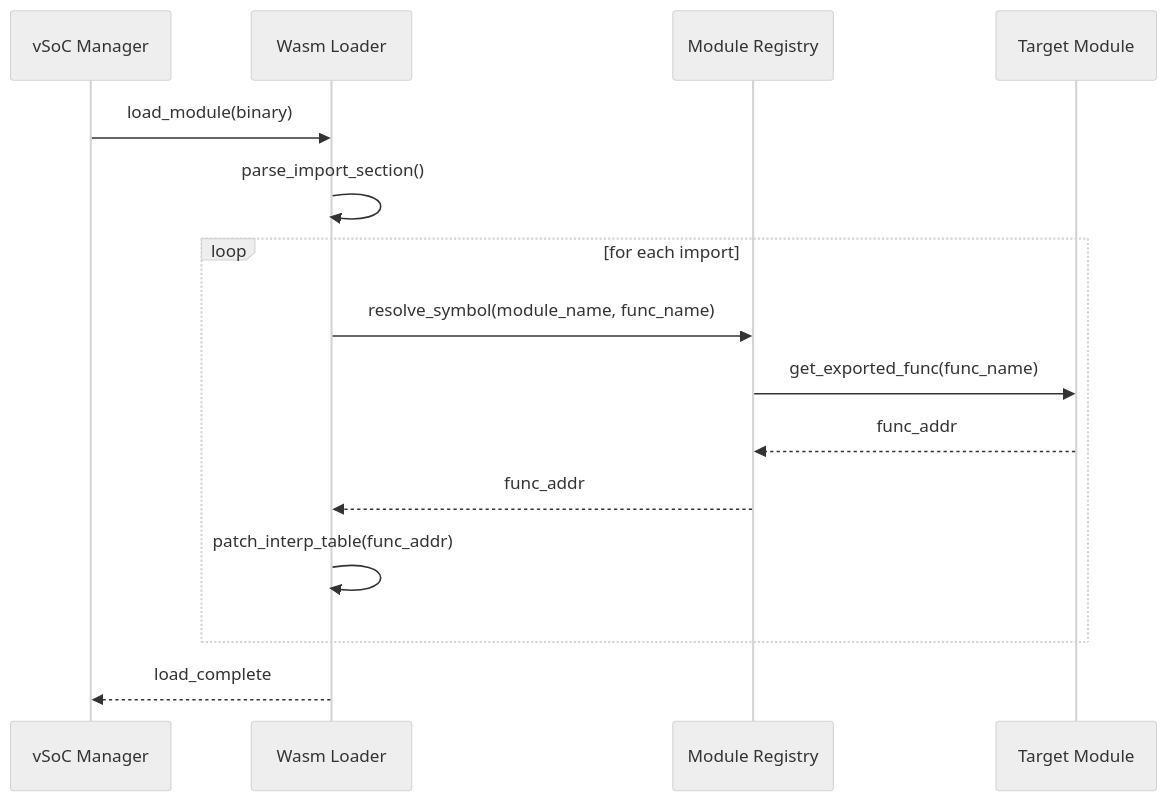
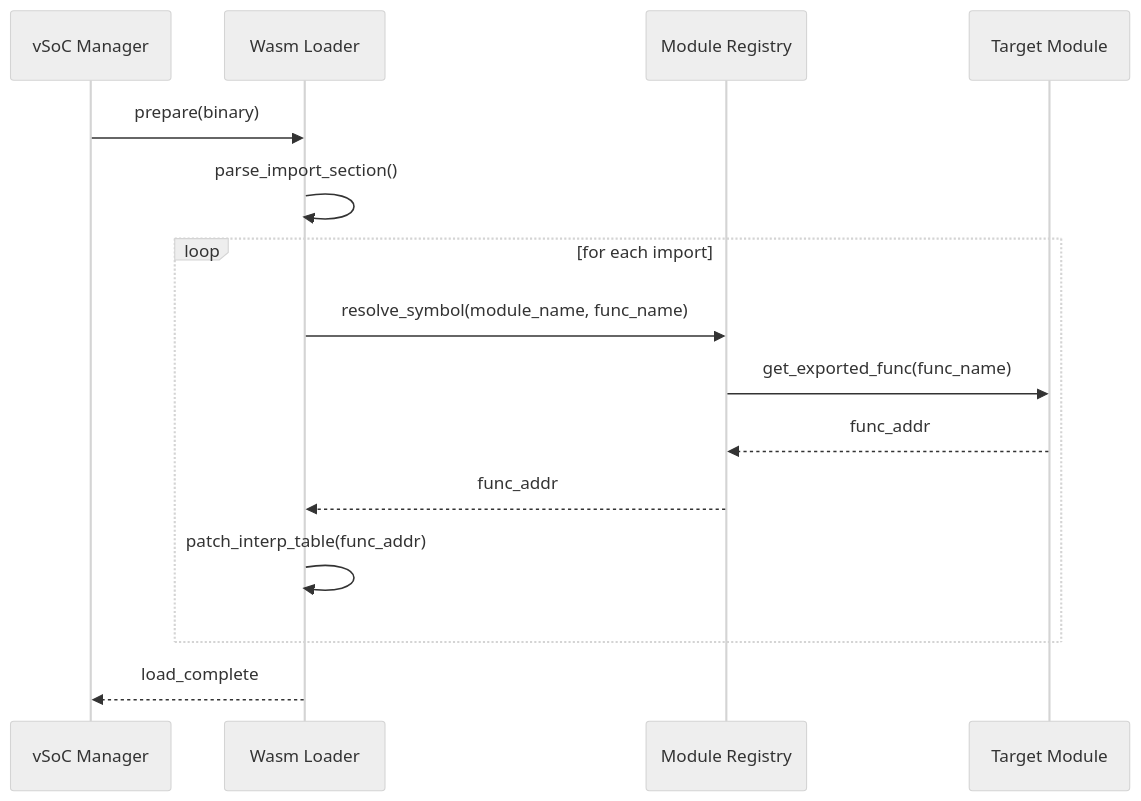
The fourth of 4 diagrams in docs/components/runtime_vsoc.md (kmt-t/fireball), drawn with Mermaid (neutral theme) before and after one commit. The commit also changed other lines of this file and 3 other files, not shown here.

````diff
--- a/docs/components/runtime_vsoc.md
+++ b/docs/components/runtime_vsoc.md
@@ -128,18 +128,18 @@
 ```mermaid
 sequenceDiagram
     participant V as vSoC Manager
     participant L as Wasm Loader
     participant R as Module Registry
     participant M as Target Module
     
-    V->>L: load_module(binary)
+    V->>L: prepare(binary)
     L->>L: parse_import_section()
     loop for each import
         L->>R: resolve_symbol(module_name, func_name)
         R->>M: get_exported_func(func_name)
         M-->>R: func_addr
         R-->>L: func_addr
         L->>L: patch_interp_table(func_addr)
     end
     L-->>V: load_complete
 ```
````
